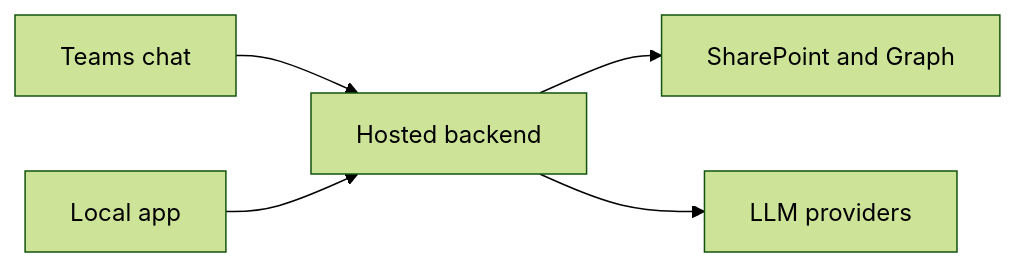
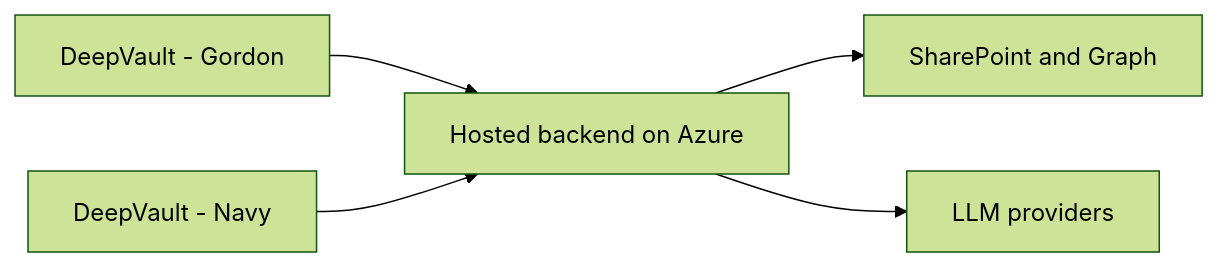
One commit to AlexAgo83/deepvault changed the diagram in logics/architecture/adr_013_hosted_backend_and_teams_chat_channel.md. Above: the diagram before and after it, drawn with Mermaid (forest theme). The commit also changed other lines of this file and 21 other files, not shown here.

Commit message:
Update DeepVault naming and Azure hosting docs

````diff
--- a/logics/architecture/adr_013_hosted_backend_and_teams_chat_channel.md
+++ b/logics/architecture/adr_013_hosted_backend_and_teams_chat_channel.md
@@ -15,7 +16,7 @@
 ```mermaid
 flowchart LR
-    Teams[Teams chat] --> Backend[Hosted backend]
-    Local[Local app] --> Backend
+    Teams[DeepVault - Gordon] --> Backend[Hosted backend on Azure]
+    Local[DeepVault - Navy] --> Backend
     Backend --> Graph[SharePoint and Graph]
     Backend --> Llm[LLM providers]
 ```
````
